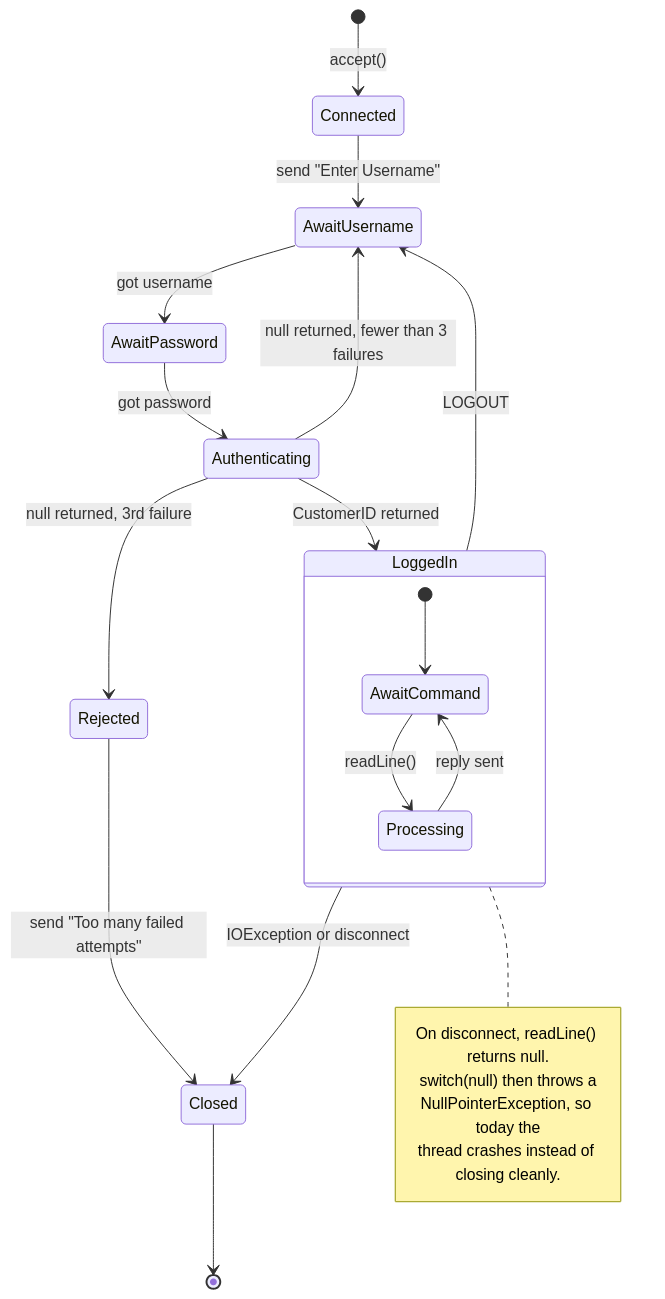
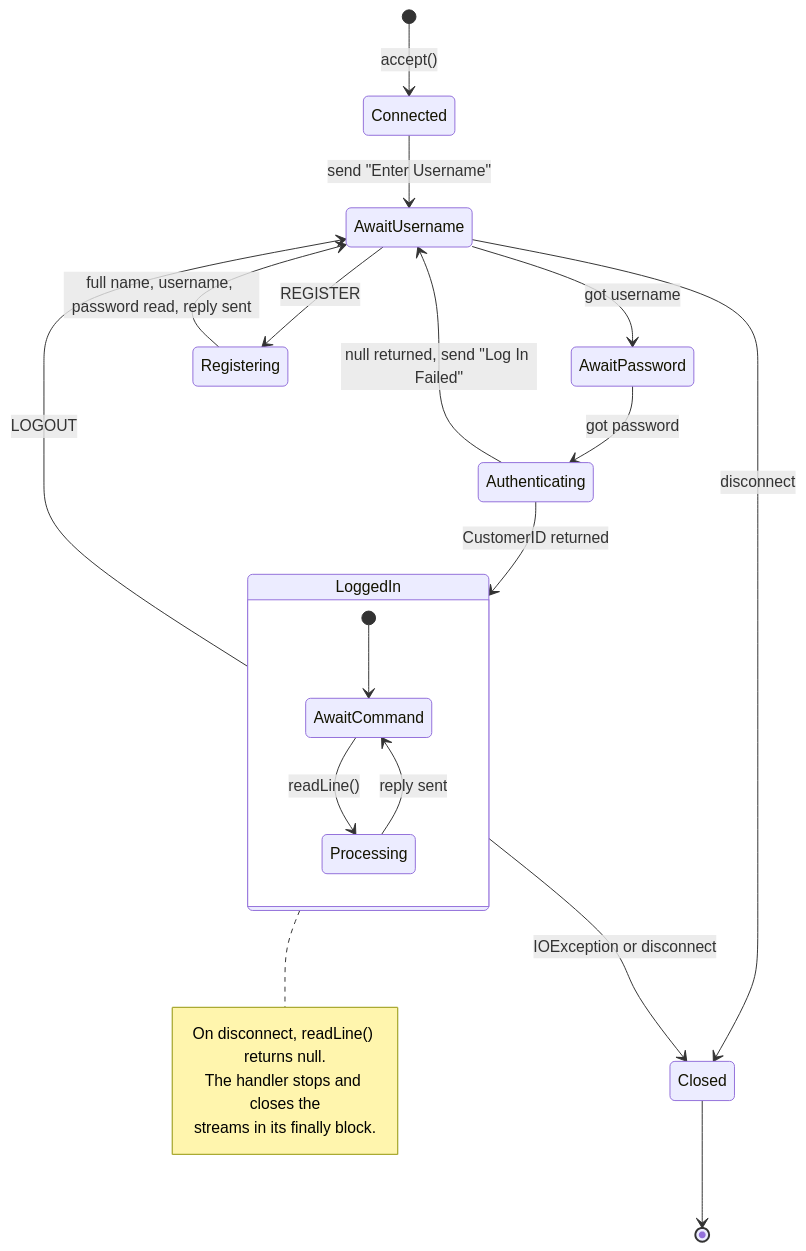
One commit to richy1623/bath_new_bank changed the fifth of 9 diagrams in README.md. Above: the diagram before and after it, drawn with Mermaid. The commit also changed other lines of this file and 5 other files, not shown here.

````diff
--- a/README.md
+++ b/README.md
@@ -339,28 +409,28 @@
 ```mermaid
 stateDiagram-v2
     [*] --> Connected : accept()
     Connected --> AwaitUsername : send "Enter Username"
     AwaitUsername --> AwaitPassword : got username
     AwaitPassword --> Authenticating : got password
     Authenticating --> LoggedIn : CustomerID returned
-    Authenticating --> AwaitUsername : null returned, fewer than 3 failures
-    Authenticating --> Rejected : null returned, 3rd failure
-    Rejected --> Closed : send "Too many failed attempts"
+    Authenticating --> AwaitUsername : null returned, send "Log In Failed"
+    AwaitUsername --> Registering : REGISTER
+    Registering --> AwaitUsername : full name, username, password read, reply sent
+    AwaitUsername --> Closed : disconnect
 
     state LoggedIn {
         [*] --> AwaitCommand
         AwaitCommand --> Processing : readLine()
         Processing --> AwaitCommand : reply sent
     }
 
     LoggedIn --> AwaitUsername : LOGOUT
     LoggedIn --> Closed : IOException or disconnect
     Closed --> [*]
 
     note right of LoggedIn
         On disconnect, readLine() returns null.
-        switch(null) then throws a
-        NullPointerException, so today the
-        thread crashes instead of closing cleanly.
+        The handler stops and closes the
+        streams in its finally block.
     end note
 ```
````
